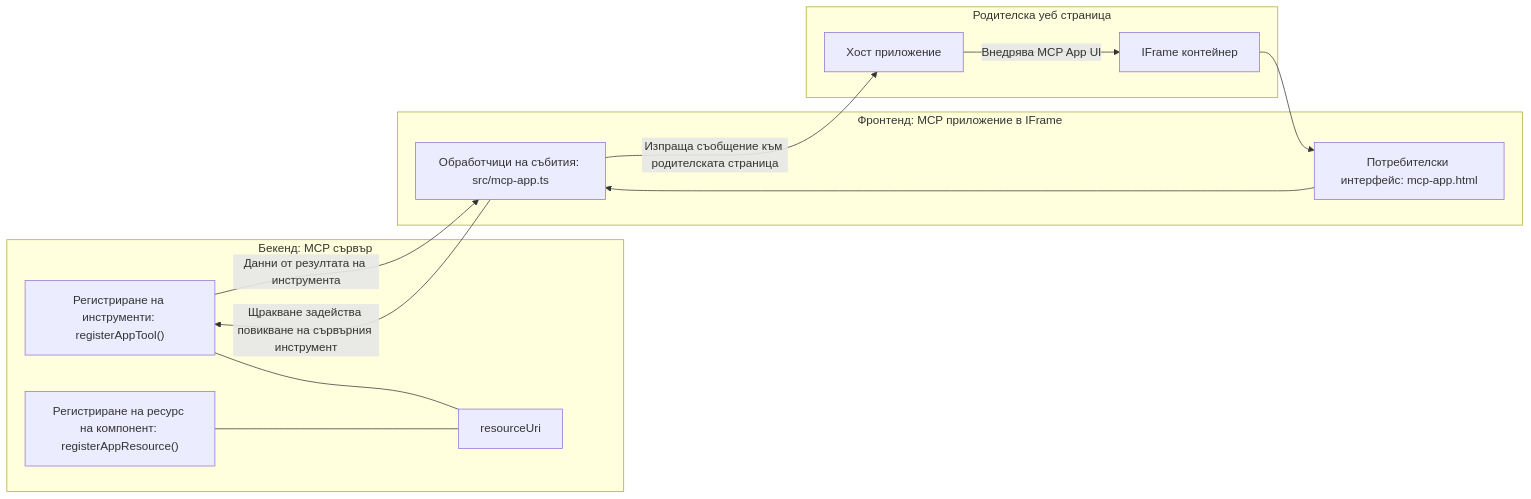
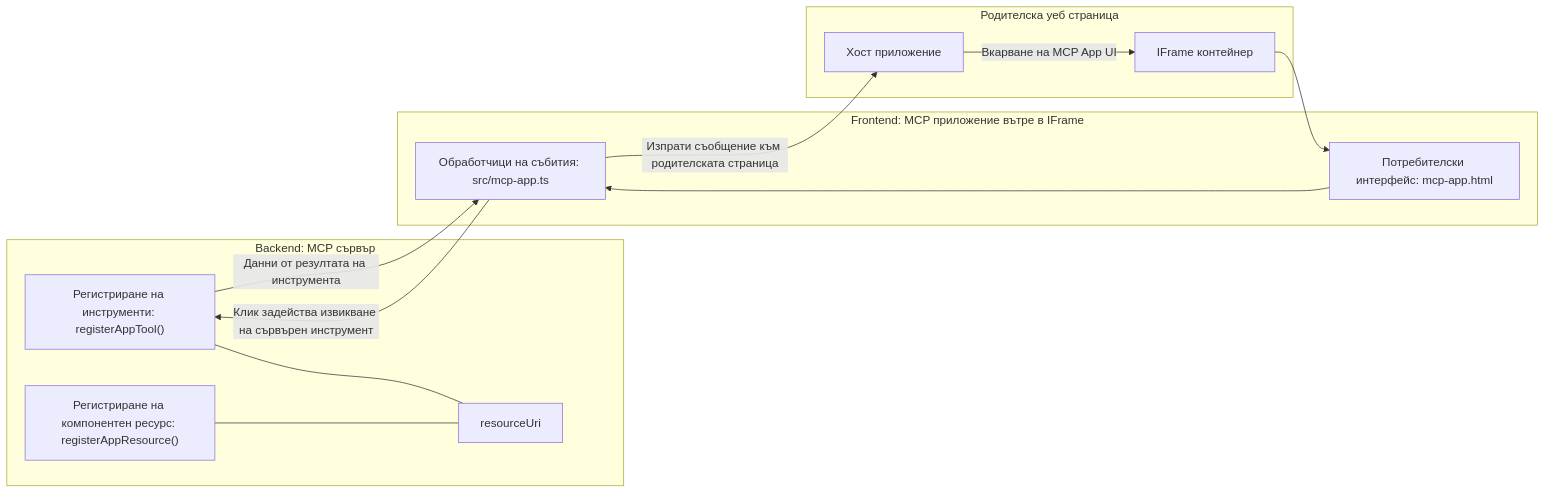
One commit to HIDORAKAI002/ai-workspace-archive changed the diagram in mcp_ecosystem__model_context_protocol/mcp_learning_resources/mcp-for-beginners/translations/bg/03-GettingStarted/15-mcp-apps/README.md. Above: the diagram before and after it, drawn with Mermaid. The commit also changed other lines of this file and 1160 other files, not shown here.

````diff
--- a/mcp_ecosystem__model_context_protocol/mcp_learning_resources/mcp-for-beginners/translations/bg/03-GettingStarted/15-mcp-apps/README.md
+++ b/mcp_ecosystem__model_context_protocol/mcp_learning_resources/mcp-for-beginners/translations/bg/03-GettingStarted/15-mcp-apps/README.md
@@ -32,27 +32,27 @@
 ```mermaid
 flowchart LR
-  subgraph Backend[Бекенд: MCP сървър]
+  subgraph Backend[Backend: MCP сървър]
     T["Регистриране на инструменти: registerAppTool()"]
-    C["Регистриране на ресурс на компонент: registerAppResource()"]
+    C["Регистриране на компонентен ресурс: registerAppResource()"]
     U[resourceUri]
     T --- U
     C --- U
   end
 
   subgraph Parent[Родителска уеб страница]
     H[Хост приложение]
     IFRAME[IFrame контейнер]
-    H -->|Внедрява MCP App UI| IFRAME
+    H -->|Вкарване на MCP App UI| IFRAME
   end
 
-  subgraph Frontend[Фронтенд: MCP приложение в IFrame]
+  subgraph Frontend[Frontend: MCP приложение вътре в IFrame]
     UI["Потребителски интерфейс: mcp-app.html"]
     EH["Обработчици на събития: src/mcp-app.ts"]
     UI --> EH
   end
 
   IFRAME --> UI
-  EH -->|Щракване задейства повикване на сървърния инструмент| T
+  EH -->|Клик задейства извикване на сървърен инструмент| T
   T -->|Данни от резултата на инструмента| EH
-  EH -->|Изпраща съобщение към родителската страница| H
+  EH -->|Изпрати съобщение към родителската страница| H
 ```
````
